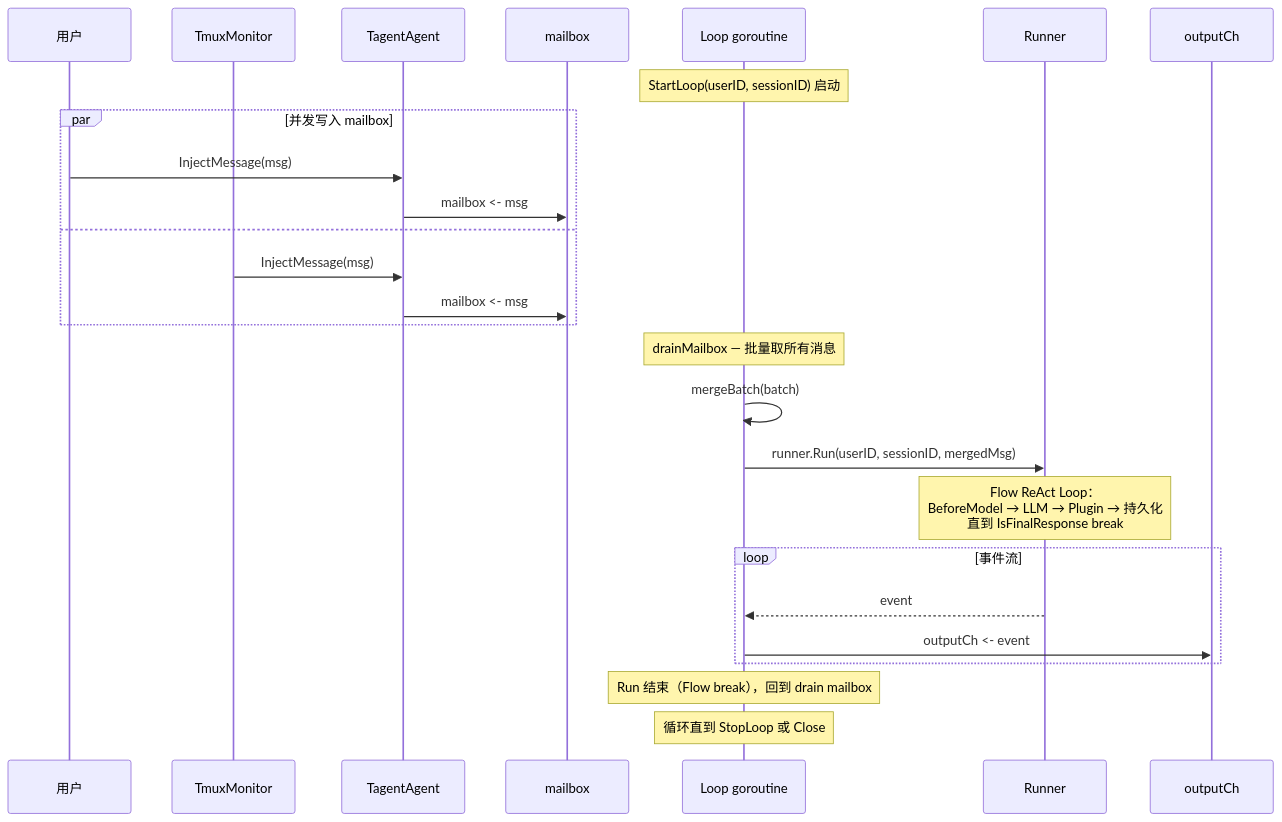
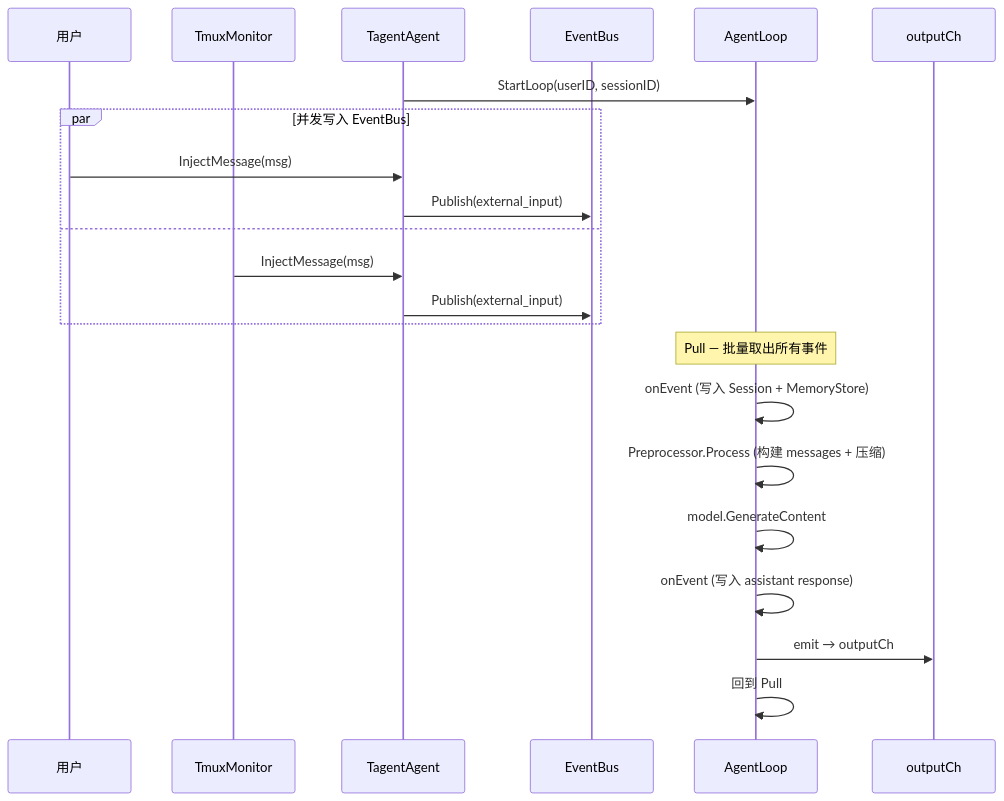
The fourth of 8 diagrams in docs/wiki/agent/agent-architecture.md (SpellingDragon/tagent), drawn with Mermaid before and after one commit. The commit also changed other lines of this file and 8 other files, not shown here.

First line of the commit message:
docs: align wiki and README with event-driven architecture

````diff
--- a/docs/wiki/agent/agent-architecture.md
+++ b/docs/wiki/agent/agent-architecture.md
@@ -705,34 +557,27 @@
 ```mermaid
 sequenceDiagram
     participant U as 用户
     participant TM as TmuxMonitor
     participant TA as TagentAgent
-    participant MB as mailbox
-    participant L as Loop goroutine
-    participant R as Runner
+    participant EB as EventBus
+    participant AL as AgentLoop
     participant OC as outputCh
 
-    Note over L: StartLoop(userID, sessionID) 启动
+    TA->>AL: StartLoop(userID, sessionID)
 
-    par 并发写入 mailbox
+    par 并发写入 EventBus
       U->>TA: InjectMessage(msg)
-      TA->>MB: mailbox <- msg
+      TA->>EB: Publish(external_input)
     and
       TM->>TA: InjectMessage(msg)
-      TA->>MB: mailbox <- msg
+      TA->>EB: Publish(external_input)
     end
 
-    Note over L: drainMailbox — 批量取所有消息
-    L->>L: mergeBatch(batch)
-    L->>R: runner.Run(userID, sessionID, mergedMsg)
-
-    Note over R: Flow ReAct Loop：<br/>BeforeModel → LLM → Plugin → 持久化<br/>直到 IsFinalResponse break
-
-    loop 事件流
-      R-->>L: event
-      L->>OC: outputCh <- event
-    end
-
-    Note over L: Run 结束（Flow break），回到 drain mailbox
-    Note over L: 循环直到 StopLoop 或 Close
+    Note over AL: Pull — 批量取出所有事件
+    AL->>AL: onEvent (写入 Session + MemoryStore)
+    AL->>AL: Preprocessor.Process (构建 messages + 压缩)
+    AL->>AL: model.GenerateContent
+    AL->>AL: onEvent (写入 assistant response)
+    AL->>OC: emit → outputCh
+    AL->>AL: 回到 Pull
 ```
````
